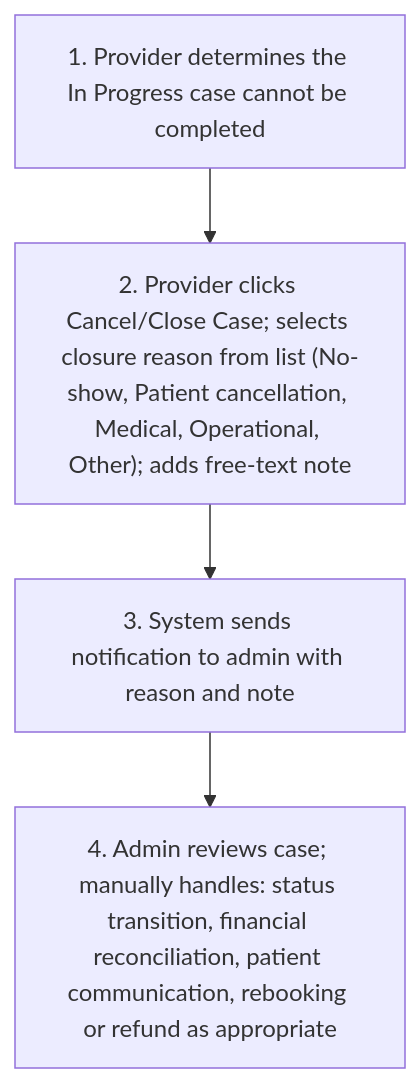
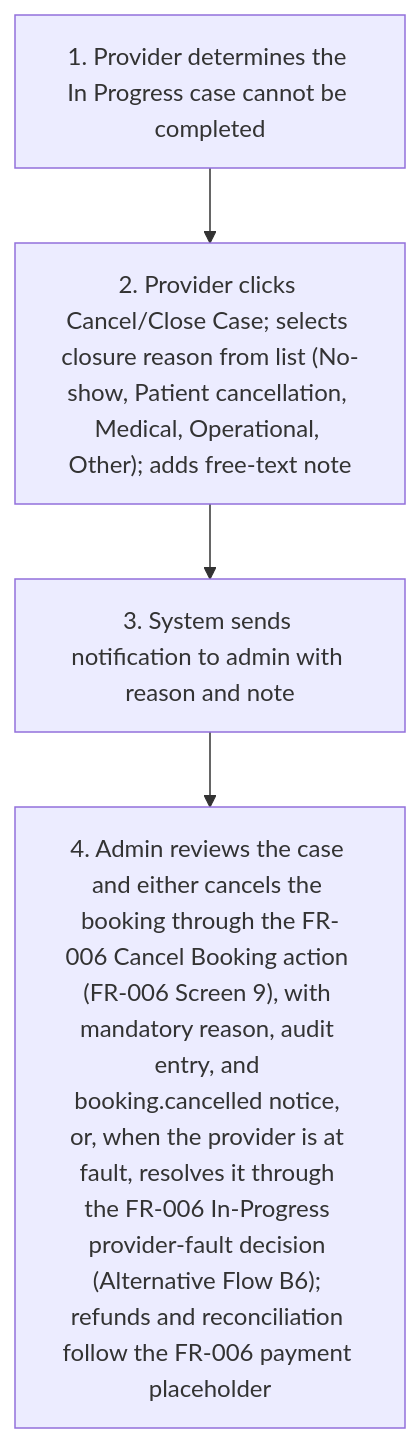
Before and after one commit to joachimtrungtuan/hairline-pm-docs: the seventh of 9 diagrams in project-requirements/functional-requirements/fr010-treatment-execution/prd.md, drawn with Mermaid. The commit also changed other lines of this file and 13 other files, not shown here.

First line of the commit message:
docs(booking): add admin intervention flows and screens across booking FRs

````diff
--- a/project-requirements/functional-requirements/fr010-treatment-execution/prd.md
+++ b/project-requirements/functional-requirements/fr010-treatment-execution/prd.md
@@ -213,7 +213,7 @@
 ```mermaid
 flowchart TD
   B4S1["1. Provider determines the In Progress case cannot be completed"] --> B4S2
   B4S2["2. Provider clicks Cancel/Close Case; selects closure reason from list (No-show, Patient cancellation, Medical, Operational, Other); adds free-text note"] --> B4S3
   B4S3["3. System sends notification to admin with reason and note"] --> B4S4
-  B4S4["4. Admin reviews case; manually handles: status transition, financial reconciliation, patient communication, rebooking or refund as appropriate"]
+  B4S4["4. Admin reviews the case and either cancels the booking through the FR-006 Cancel Booking action (FR-006 Screen 9), with mandatory reason, audit entry, and booking.cancelled notice, or, when the provider is at fault, resolves it through the FR-006 In-Progress provider-fault decision (Alternative Flow B6); refunds and reconciliation follow the FR-006 payment placeholder"]
 ```
````
